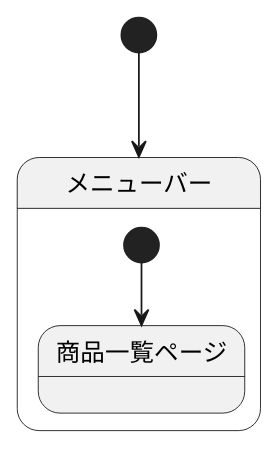
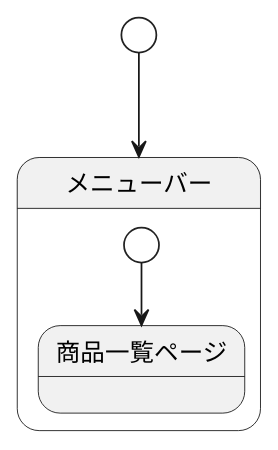
The diagram in sample/StateMachine.md (Aso2001385/2021sys-design), drawn with PlantUML before and after one commit.

````diff
--- a/sample/StateMachine.md
+++ b/sample/StateMachine.md
@@ -1,17 +1,17 @@
 ```uml
 @startuml
 skinparam activity {
-  StartColor<<big>> red
+  StartColor <<big>> red
 }
 
 [*] --> メニューバー
 state メニューバー {
  [*] <<big>> --> 商品一覧ページ  
 }
 
 
 
 
 
 @enduml
 ```
````
